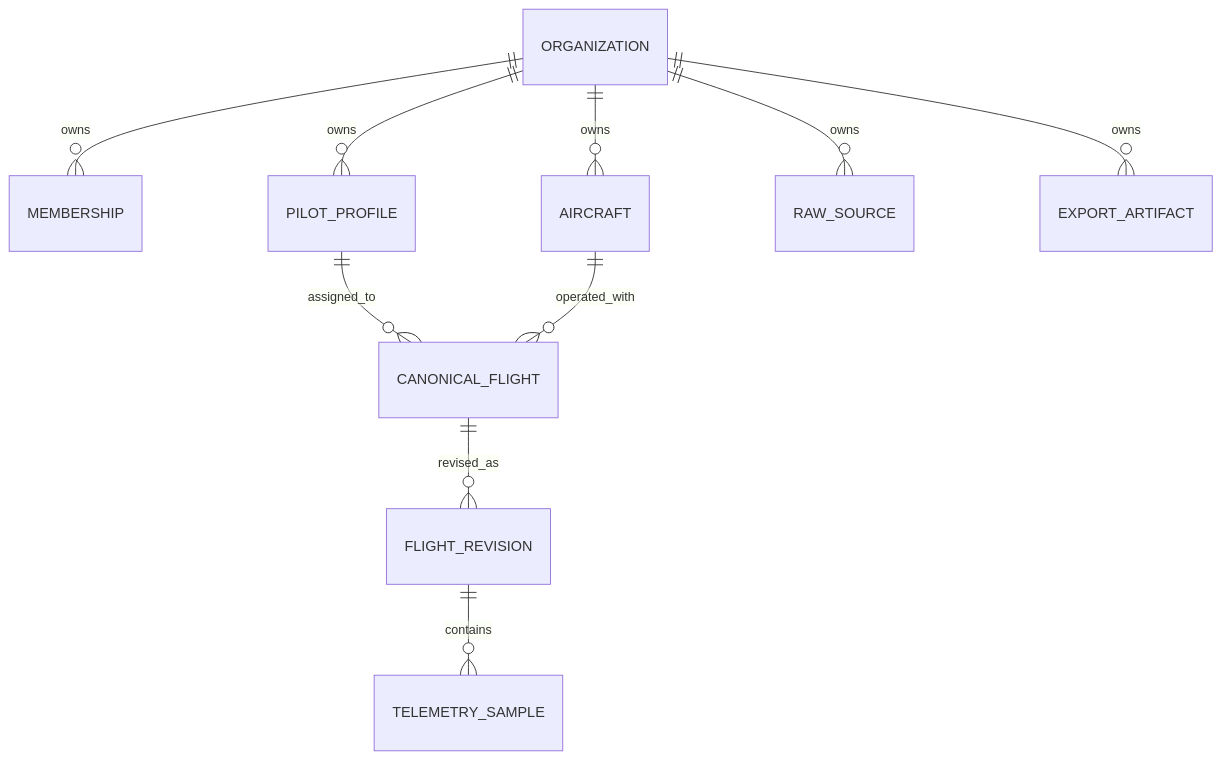
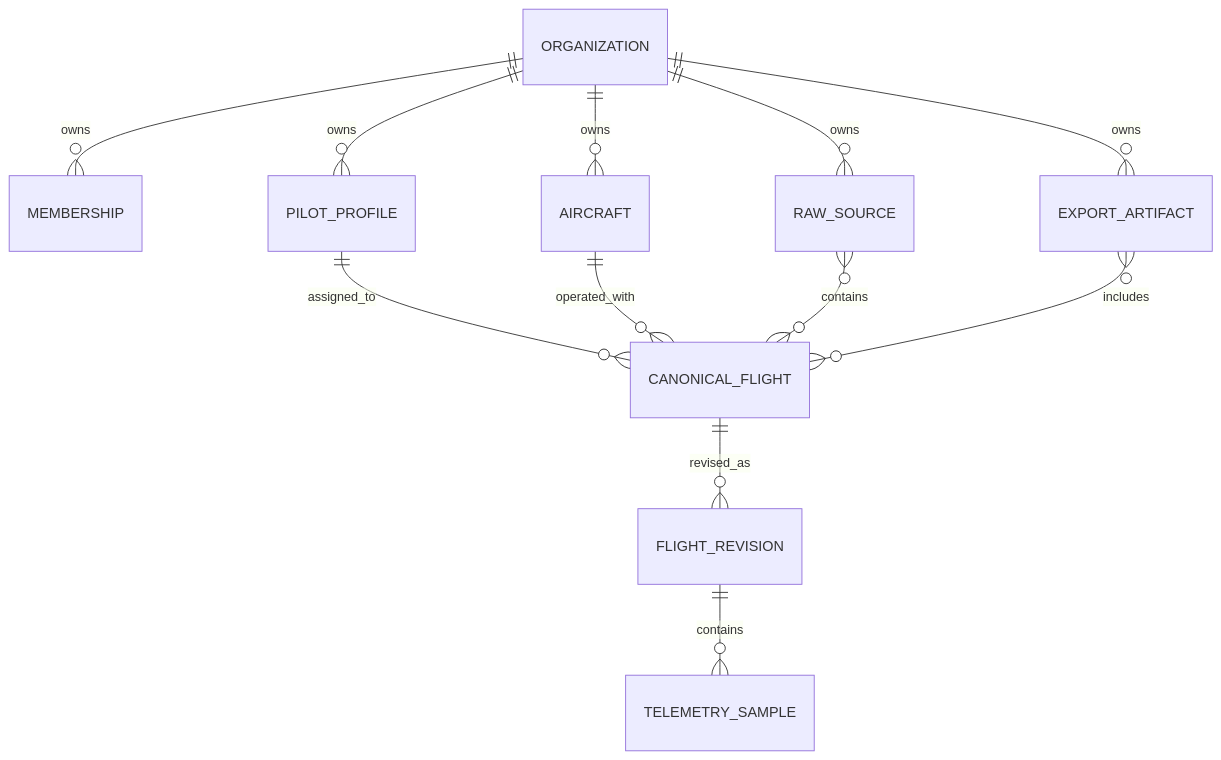
Before and after one commit to Synapsekw/Drone.Works: the diagram in docs/architecture/TENANCY.md, drawn with Mermaid. The commit also changed other lines of this file and 7 other files, not shown here.

````diff
--- a/docs/architecture/TENANCY.md
+++ b/docs/architecture/TENANCY.md
@@ -16,12 +16,14 @@
 ```mermaid
 erDiagram
     ORGANIZATION ||--o{ MEMBERSHIP : owns
     ORGANIZATION ||--o{ PILOT_PROFILE : owns
     ORGANIZATION ||--o{ AIRCRAFT : owns
     PILOT_PROFILE ||--o{ CANONICAL_FLIGHT : assigned_to
     AIRCRAFT ||--o{ CANONICAL_FLIGHT : operated_with
     CANONICAL_FLIGHT ||--o{ FLIGHT_REVISION : revised_as
     FLIGHT_REVISION ||--o{ TELEMETRY_SAMPLE : contains
     ORGANIZATION ||--o{ RAW_SOURCE : owns
     ORGANIZATION ||--o{ EXPORT_ARTIFACT : owns
+    RAW_SOURCE }o--o{ CANONICAL_FLIGHT : contains
+    EXPORT_ARTIFACT }o--o{ CANONICAL_FLIGHT : includes
 ```
````
